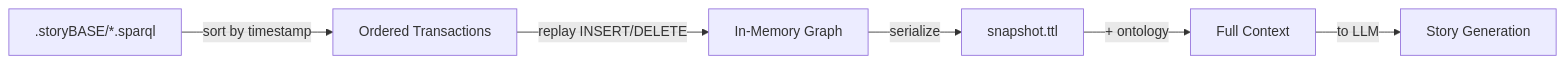
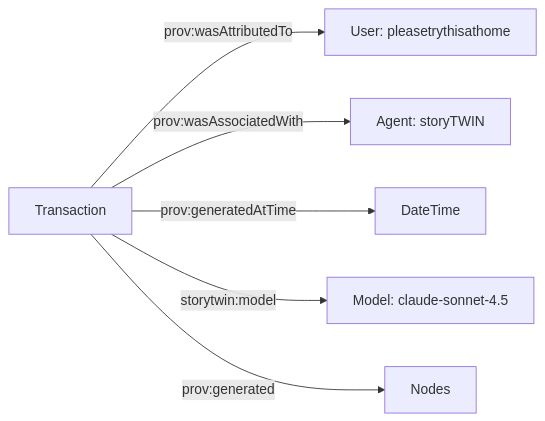
One commit to Synthetic-Identity-Co/conj-talk-2025 changed the fifth of 5 diagrams in presenter.md. Above: the diagram before and after it, drawn with Mermaid. The commit also changed other lines of this file, not shown here.

Commit message:
story:  aa36dee566e9ae5eda5350c0c846cf7d6d216591

````diff
--- a/presenter.md
+++ b/presenter.md
@@ -627,8 +443,8 @@
 ```mermaid
 graph LR
-    A[.storyBASE/*.sparql] -->|sort by timestamp| B[Ordered Transactions]
-    B -->|replay INSERT/DELETE| C[In-Memory Graph]
-    C -->|serialize| D[snapshot.ttl]
-    D -->|+ ontology| E[Full Context]
-    E -->|to LLM| F[Story Generation]
+    T[Transaction] -->|prov:wasAttributedTo| U[User: pleasetrythisathome]
+    T -->|prov:wasAssociatedWith| A[Agent: storyTWIN]
+    T -->|prov:generatedAtTime| D[DateTime]
+    T -->|storytwin:model| M[Model: claude-sonnet-4.5]
+    T -->|prov:generated| N[Nodes]
 ```
````
